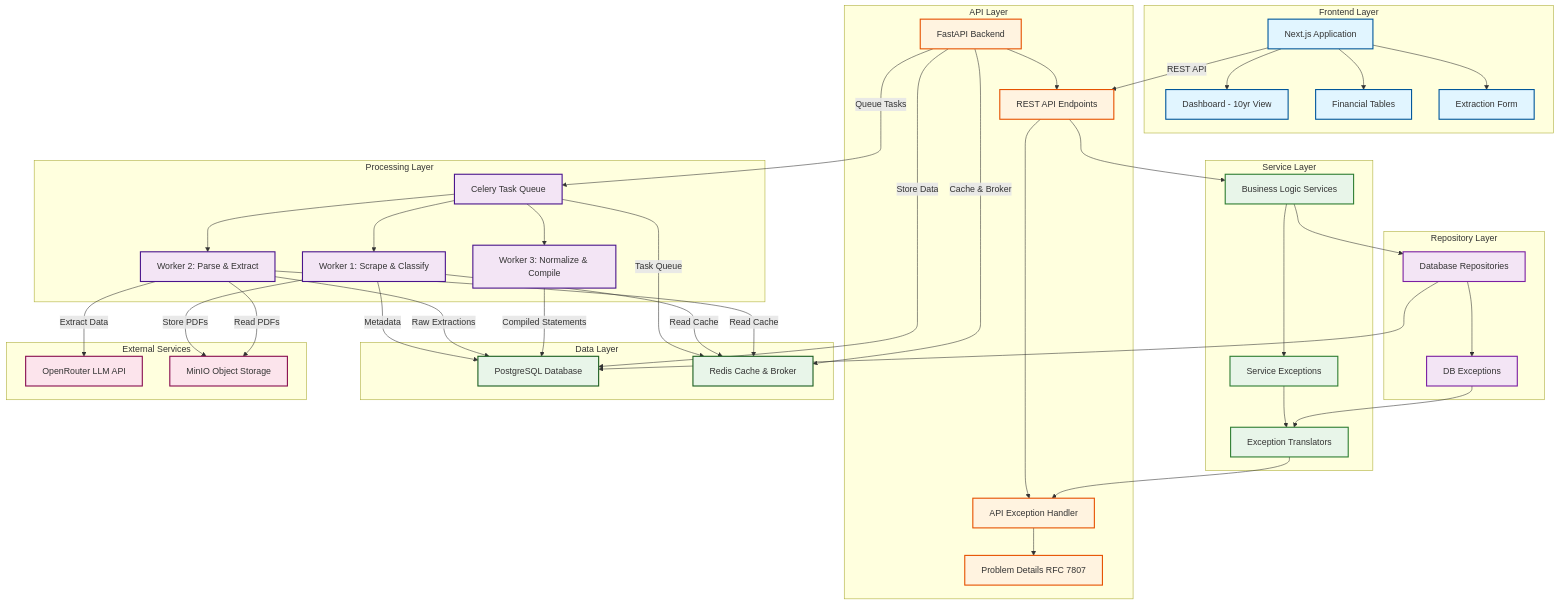
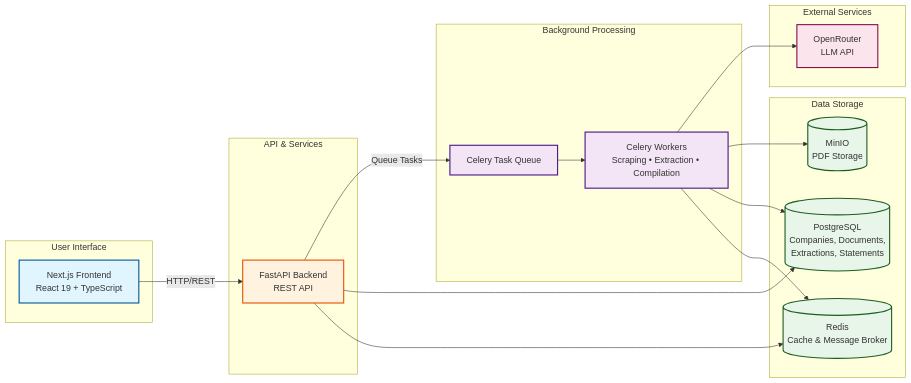
The diagram in docs/index.md (PatrykQuantumNomad/financial-data-extractor), drawn with Mermaid before and after one commit. The commit also changed other lines of this file and 28 other files, not shown here.

````diff
--- a/docs/index.md
+++ b/docs/index.md
@@ -32,91 +34,47 @@
 ```mermaid
-graph TB
-    subgraph "Frontend Layer"
-        A[Next.js Application]
-        A1[Dashboard - 10yr View]
-        A2[Financial Tables]
-        A3[Extraction Form]
-        A --> A1
-        A --> A2
-        A --> A3
+graph LR
+    subgraph "User Interface"
+        UI[Next.js Frontend<br/>React 19 + TypeScript]
     end
 
-    subgraph "API Layer"
-        B[FastAPI Backend]
-        B1[REST API Endpoints]
-        B2[API Exception Handler]
-        B3[Problem Details RFC 7807]
-        B --> B1
-        B1 --> B2
-        B2 --> B3
+    subgraph "API & Services"
+        API[FastAPI Backend<br/>REST API]
     end
 
-    subgraph "Service Layer"
-        S1[Business Logic Services]
-        S2[Service Exceptions]
-        S3[Exception Translators]
-        S1 --> S2
-        S2 --> S3
-        S3 --> B2
+    subgraph "Background Processing"
+        QUEUE[Celery Task Queue]
+        WORKERS[Celery Workers<br/>Scraping • Extraction • Compilation]
     end
 
-    subgraph "Repository Layer"
-        R1[Database Repositories]
-        R2[DB Exceptions]
-        R1 --> R2
-        R2 --> S3
-    end
-
-    subgraph "Processing Layer"
-        C[Celery Task Queue]
-        W1[Worker 1: Scrape & Classify]
-        W2[Worker 2: Parse & Extract]
-        W3[Worker 3: Normalize & Compile]
-        C --> W1
-        C --> W2
-        C --> W3
-    end
-
-    subgraph "Data Layer"
-        D[PostgreSQL Database]
-        E[Redis Cache & Broker]
+    subgraph "Data Storage"
+        DB[(PostgreSQL<br/>Companies, Documents,<br/>Extractions, Statements)]
+        CACHE[(Redis<br/>Cache & Message Broker)]
+        STORAGE[(MinIO<br/>PDF Storage)]
     end
 
     subgraph "External Services"
-        F[OpenRouter LLM API]
-        G[MinIO Object Storage]
+        LLM[OpenRouter<br/>LLM API]
     end
 
-    A -->|REST API| B1
-    B1 --> S1
-    S1 --> R1
-    R1 --> D
-    B -->|Queue Tasks| C
-    B -->|Store Data| D
-    B -->|Cache & Broker| E
-    W1 -->|Store PDFs| G
-    W1 -->|Metadata| D
-    W2 -->|Extract Data| F
-    W2 -->|Read PDFs| G
-    W2 -->|Raw Extractions| D
-    W3 -->|Compiled Statements| D
-    C -->|Task Queue| E
-    W1 -->|Read Cache| E
-    W2 -->|Read Cache| E
+    UI -->|HTTP/REST| API
+    API -->|Queue Tasks| QUEUE
+    QUEUE --> WORKERS
+    API --> DB
+    API --> CACHE
+    WORKERS --> LLM
+    WORKERS --> STORAGE
+    WORKERS --> DB
+    WORKERS --> CACHE
 
-    classDef frontend fill:#e1f5ff,stroke:#01579b,stroke-width:2px
+    classDef ui fill:#e1f5ff,stroke:#01579b,stroke-width:2px
     classDef api fill:#fff3e0,stroke:#e65100,stroke-width:2px
-    classDef service fill:#e8f5e9,stroke:#2e7d32,stroke-width:2px
-    classDef repository fill:#f3e5f5,stroke:#7b1fa2,stroke-width:2px
     classDef processing fill:#f3e5f5,stroke:#4a148c,stroke-width:2px
     classDef data fill:#e8f5e9,stroke:#1b5e20,stroke-width:2px
     classDef external fill:#fce4ec,stroke:#880e4f,stroke-width:2px
 
-    class A,A1,A2,A3 frontend
-    class B,B1,B2,B3 api
-    class S1,S2,S3 service
-    class R1,R2 repository
-    class C,W1,W2,W3 processing
-    class D,E data
-    class F,G external
+    class UI ui
+    class API api
+    class QUEUE,WORKERS processing
+    class DB,CACHE,STORAGE data
+    class LLM external
 ```
````
